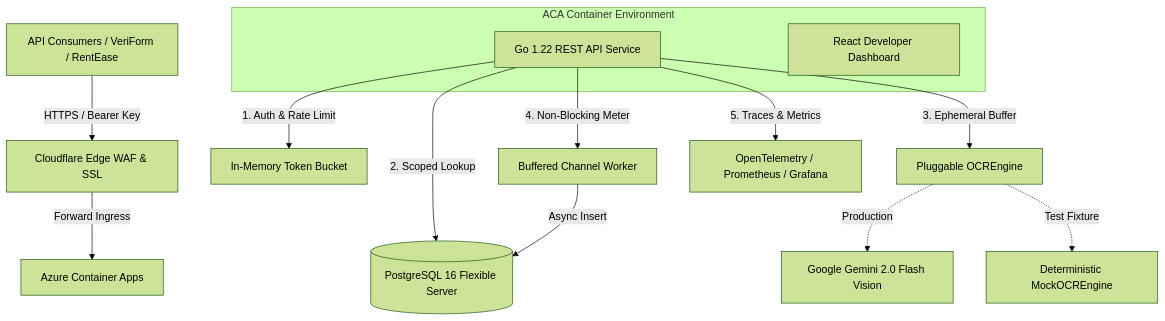
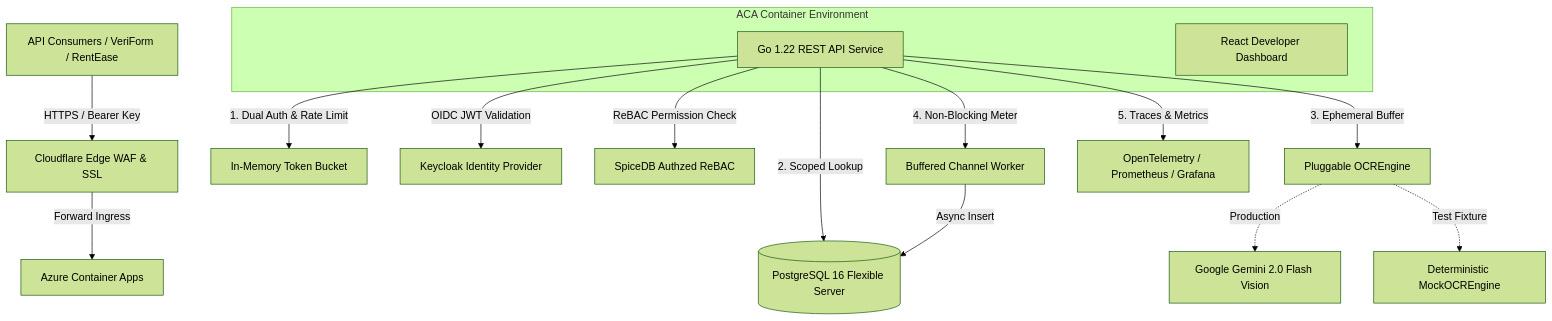
Before and after one commit to amirfaisalz/lensio: the first of 2 diagrams in README.md, drawn with Mermaid (forest theme). The commit also changed other lines of this file and 5 other files, not shown here.

Commit message:
docs: harmonize architectural docs, ADRs, PRD, and OpenAPI specs (fixes #8)

````diff
--- a/README.md
+++ b/README.md
@@ -75,19 +75,21 @@
 ```mermaid
 graph TD
     Client[API Consumers / VeriForm / RentEase] -->|HTTPS / Bearer Key| CF[Cloudflare Edge WAF & SSL]
     CF -->|Forward Ingress| ACA[Azure Container Apps]
 
     subgraph ACA Container Environment
         API[Go 1.22 REST API Service]
         DASH[React Developer Dashboard]
     end
 
-    API -->|1. Auth & Rate Limit| MemRL[In-Memory Token Bucket]
+    API -->|1. Dual Auth & Rate Limit| MemRL[In-Memory Token Bucket]
+    API -->|OIDC JWT Validation| KC[Keycloak Identity Provider]
+    API -->|ReBAC Permission Check| SDB[SpiceDB Authzed ReBAC]
     API -->|2. Scoped Lookup| PG[(PostgreSQL 16 Flexible Server)]
     API -->|3. Ephemeral Buffer| OCR[Pluggable OCREngine]
     OCR -.->|Production| Gemini[Google Gemini 2.0 Flash Vision]
     OCR -.->|Test Fixture| Mock[Deterministic MockOCREngine]
     API -->|4. Non-Blocking Meter| Chan[Buffered Channel Worker]
     Chan -->|Async Insert| PG
     API -->|5. Traces & Metrics| OTel[OpenTelemetry / Prometheus / Grafana]
 ```
````
